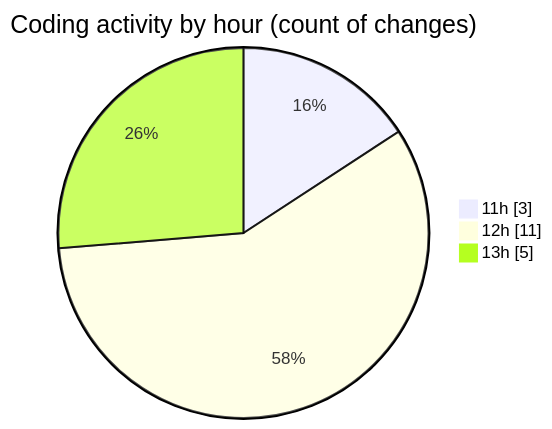
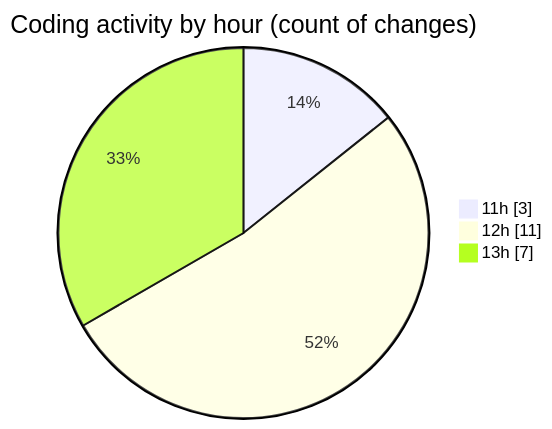
Before and after one commit to nxtqubesakshisongat/code-tracking: the second of 2 diagrams in 2026-03-25/nxtqube_webapp/README.md, drawn with Mermaid. The commit also changed other lines of this file and 1 other file, not shown here.

````diff
--- a/2026-03-25/nxtqube_webapp/README.md
+++ b/2026-03-25/nxtqube_webapp/README.md
@@ -35,7 +35,7 @@
 ```mermaid
 pie showData
 title Coding activity by hour (count of changes)
 "11h" : 3
 "12h" : 11
-"13h" : 5
+"13h" : 7
 ```
````
